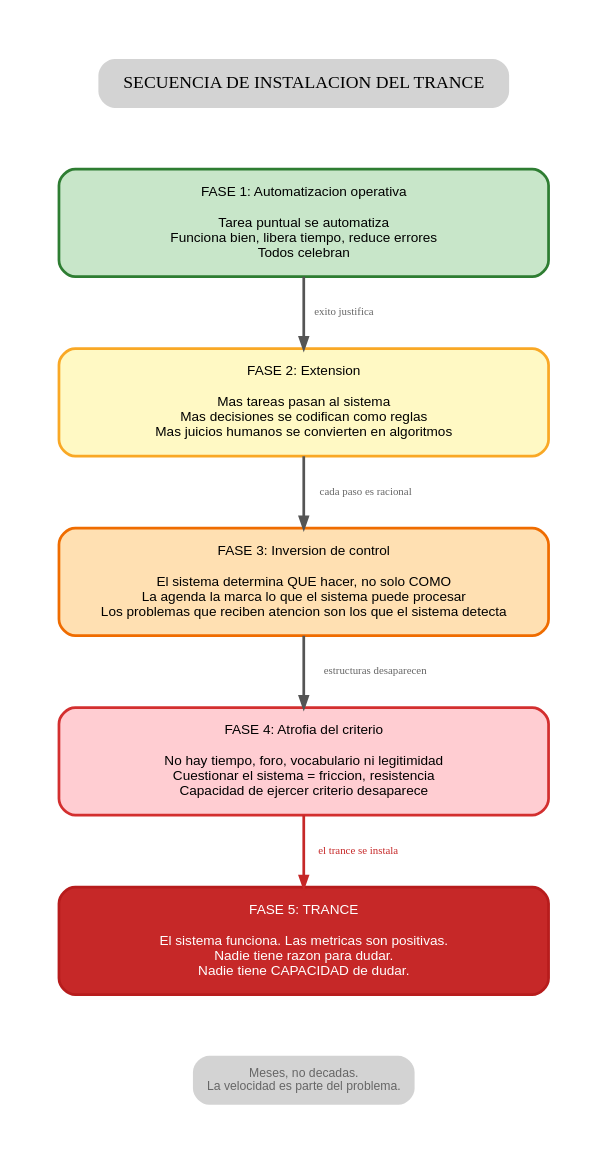
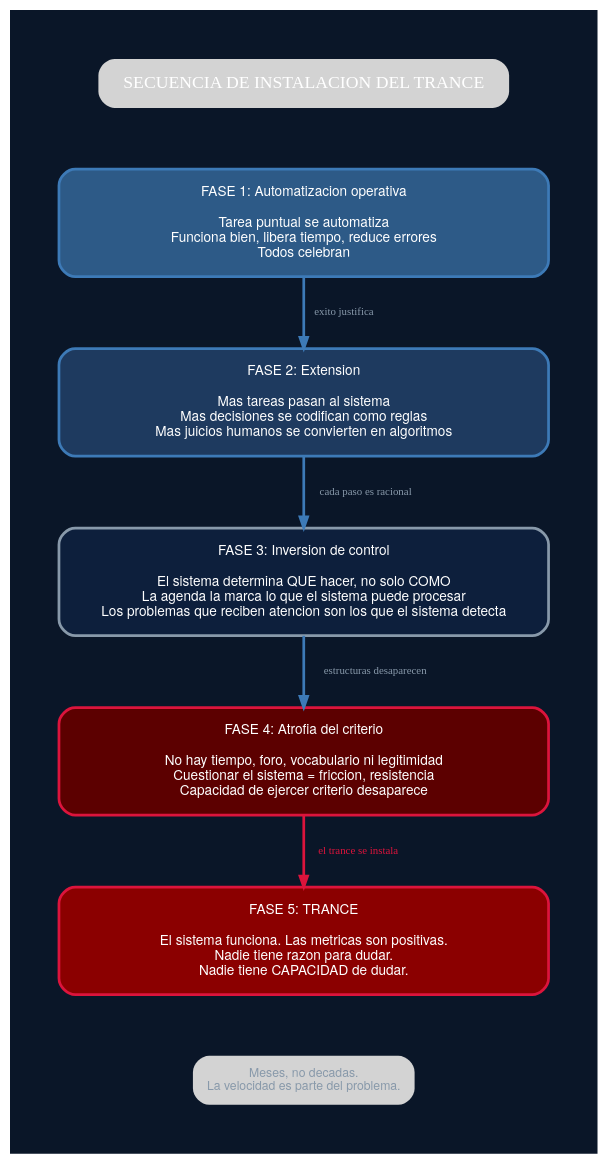
The diagram in assets/diagrams/B3-secuencia-delegacion.dot (gonzalezulises/mas-control-mas-caos), drawn with Graphviz before and after one commit. The commit also changed 11 other files, not shown here.

First line of the commit message:
Update all diagrams to match cover color palette

```diff
--- a/assets/diagrams/B3-secuencia-delegacion.dot
+++ b/assets/diagrams/B3-secuencia-delegacion.dot
@@ -1,60 +1,62 @@
 digraph SecuenciaDelegacion {
     // Layout vertical tipo timeline
     layout=dot;
     rankdir=TB;
-    bgcolor="white";
+    bgcolor="#0a1628";
     pad=0.5;
     nodesep=0.5;
     ranksep=0.6;
 
-    // Estilo global
+    // Estilo global - paleta portada
     node [
         shape=box,
         style="rounded,filled",
-        fontname="Arial",
+        fontname="Helvetica Neue",
         fontsize=10,
+        fontcolor="#ffffff",
         penwidth=2
     ];
 
     edge [
         penwidth=2,
-        color="#555555",
+        color="#3d7ab7",
+        fontcolor="#8899aa",
         arrowsize=0.8
     ];
 
     // Titulo
     title [label="SECUENCIA DE INSTALACION DEL TRANCE",
-           shape=plaintext, fontsize=13, fontname="Arial Bold"];
+           shape=plaintext, fontsize=13, fontname="Helvetica Neue Bold", fontcolor="#ffffff"];
 
-    // Fase 1 - Verde (beneficioso)
+    // Fase 1 - Azul claro (beneficioso)
     F1 [label="FASE 1: Automatizacion operativa\n\nTarea puntual se automatiza\nFunciona bien, libera tiempo, reduce errores\nTodos celebran",
-        fillcolor="#c8e6c9", color="#2e7d32", width=5, height=1.1];
+        fillcolor="#2d5a87", color="#3d7ab7", width=5, height=1.1];
 
-    // Fase 2 - Amarillo claro
+    // Fase 2 - Azul medio
     F2 [label="FASE 2: Extension\n\nMas tareas pasan al sistema\nMas decisiones se codifican como reglas\nMas juicios humanos se convierten en algoritmos",
-        fillcolor="#fff9c4", color="#f9a825", width=5, height=1.1];
+        fillcolor="#1e3a5f", color="#3d7ab7", width=5, height=1.1];
 
-    // Fase 3 - Naranja
+    // Fase 3 - Gris
     F3 [label="FASE 3: Inversion de control\n\nEl sistema determina QUE hacer, no solo COMO\nLa agenda la marca lo que el sistema puede procesar\nLos problemas que reciben atencion son los que el sistema detecta",
-        fillcolor="#ffe0b2", color="#ef6c00", width=5, height=1.1];
+        fillcolor="#0d1f3c", color="#8899aa", width=5, height=1.1];
 
     // Fase 4 - Rojo claro
     F4 [label="FASE 4: Atrofia del criterio\n\nNo hay tiempo, foro, vocabulario ni legitimidad\nCuestionar el sistema = friccion, resistencia\nCapacidad de ejercer criterio desaparece",
-        fillcolor="#ffcdd2", color="#d32f2f", width=5, height=1.1];
+        fillcolor="#5c0000", color="#dc143c", width=5, height=1.1];
 
-    // Fase 5 - Rojo oscuro
+    // Fase 5 - Rojo oscuro (trance)
     F5 [label="FASE 5: TRANCE\n\nEl sistema funciona. Las metricas son positivas.\nNadie tiene razon para dudar.\nNadie tiene CAPACIDAD de dudar.",
-        fillcolor="#c62828", color="#b71c1c", fontcolor="white", width=5, height=1.1];
+        fillcolor="#8b0000", color="#dc143c", fontcolor="white", width=5, height=1.1];
 
     // Tiempo
     tiempo [label="Meses, no decadas.\nLa velocidad es parte del problema.",
-            shape=plaintext, fontsize=9, fontcolor="#666666"];
+            shape=plaintext, fontsize=9, fontcolor="#8899aa"];
 
     // Conexiones
     title -> F1 [style=invis];
-    F1 -> F2 [label="  exito justifica  ", fontsize=8, fontcolor="#666666"];
-    F2 -> F3 [label="  cada paso es racional  ", fontsize=8, fontcolor="#666666"];
-    F3 -> F4 [label="  estructuras desaparecen  ", fontsize=8, fontcolor="#666666"];
-    F4 -> F5 [label="  el trance se instala  ", fontsize=8, fontcolor="#c62828", color="#c62828"];
+    F1 -> F2 [label="  exito justifica  ", fontsize=8];
+    F2 -> F3 [label="  cada paso es racional  ", fontsize=8];
+    F3 -> F4 [label="  estructuras desaparecen  ", fontsize=8];
+    F4 -> F5 [label="  el trance se instala  ", fontsize=8, fontcolor="#dc143c", color="#dc143c"];
     F5 -> tiempo [style=invis];
 }
```
